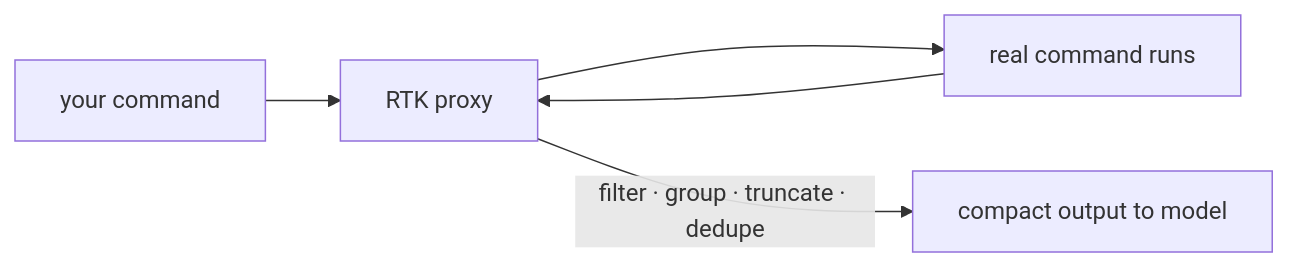
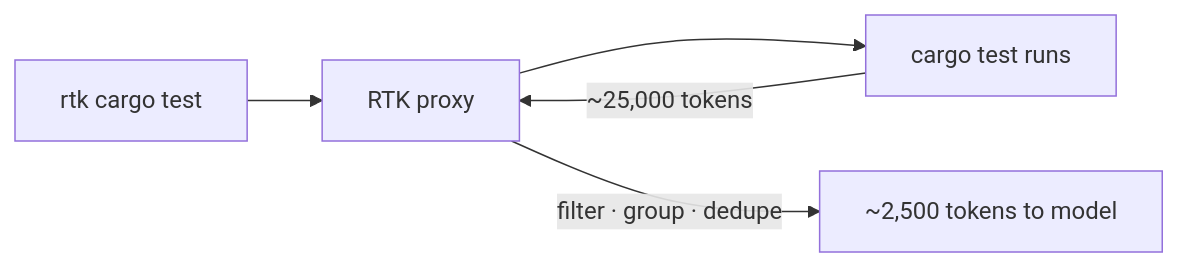
One commit to ai-driven-dev/framework changed the diagram in recipes/token-optimization.md. Above: the diagram before and after it, drawn with Mermaid. The commit also changed other lines of this file, not shown here.

````diff
--- a/recipes/token-optimization.md
+++ b/recipes/token-optimization.md
@@ -123,7 +120,7 @@
 ```mermaid
 flowchart LR
-  A[your command] --> R[RTK proxy]
-  R --> C[real command runs]
-  C --> R
-  R -->|filter · group · truncate · dedupe| M[compact output to model]
+  A["rtk cargo test"] --> R[RTK proxy]
+  R --> C["cargo test runs"]
+  C -->|"~25,000 tokens"| R
+  R -->|"filter · group · dedupe"| M["~2,500 tokens to model"]
 ```
````
